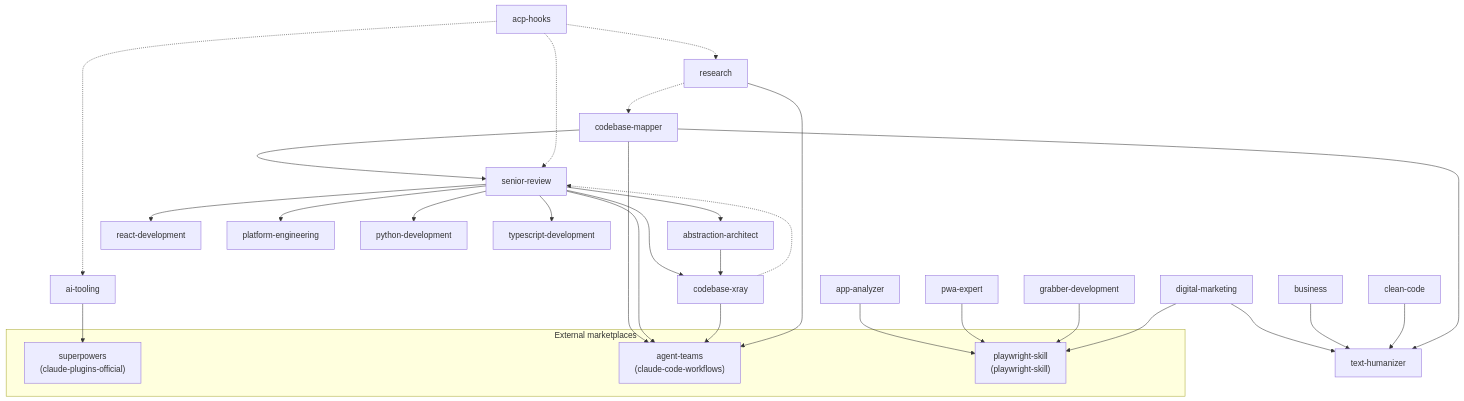
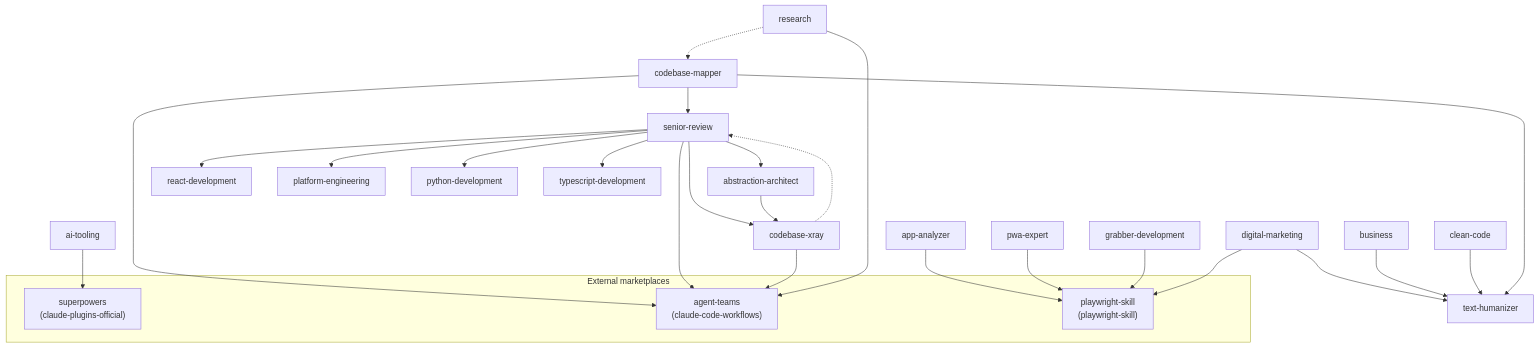
The diagram in README.md (acaprino/alfio-claude-plugins), drawn with Mermaid before and after one commit. The commit also changed other lines of this file and 19 other files, not shown here.

````diff
--- a/README.md
+++ b/README.md
@@ -127,54 +126,50 @@
 ```mermaid
 flowchart TD
-    acphooks[acp-hooks]
     aitooling[ai-tooling]
     appanalyzer[app-analyzer]
     pwaexpert[pwa-expert]
     grabber[grabber-development]
     digitalmarketing[digital-marketing]
     business[business]
     cleancode[clean-code]
     research[research]
     codebasemapper[codebase-mapper]
     seniorreview[senior-review]
     deepdive[codebase-xray]
     abstraction[abstraction-architect]
     texthumanizer[text-humanizer]
     reactdev[react-development]
     platformeng[platform-engineering]
     pythondev[python-development]
     tsdev[typescript-development]
 
     subgraph external [External marketplaces]
         superpowers["superpowers<br/>(claude-plugins-official)"]
         agentteams["agent-teams<br/>(claude-code-workflows)"]
         playwright["playwright-skill<br/>(playwright-skill)"]
     end
 
     aitooling --> superpowers
     appanalyzer --> playwright
     pwaexpert --> playwright
     grabber --> playwright
     digitalmarketing --> playwright
     digitalmarketing --> texthumanizer
     business --> texthumanizer
     cleancode --> texthumanizer
     codebasemapper --> texthumanizer
     codebasemapper --> agentteams
     codebasemapper --> seniorreview
     seniorreview --> agentteams
     seniorreview --> deepdive
     seniorreview --> abstraction
     seniorreview --> reactdev
     seniorreview --> platformeng
     seniorreview --> pythondev
     seniorreview --> tsdev
     abstraction --> deepdive
     deepdive --> agentteams
     deepdive -.-> seniorreview
     research --> agentteams
     research -.-> codebasemapper
-    acphooks -.-> aitooling
-    acphooks -.-> seniorreview
-    acphooks -.-> research
 ```
````
